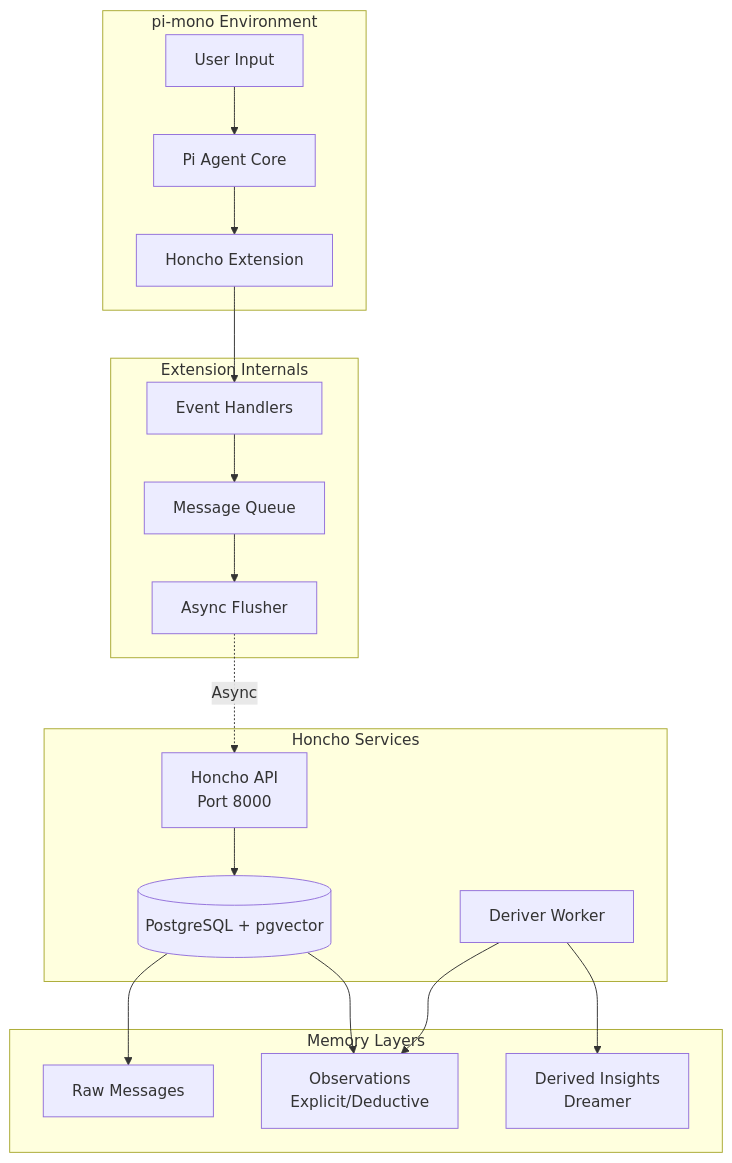
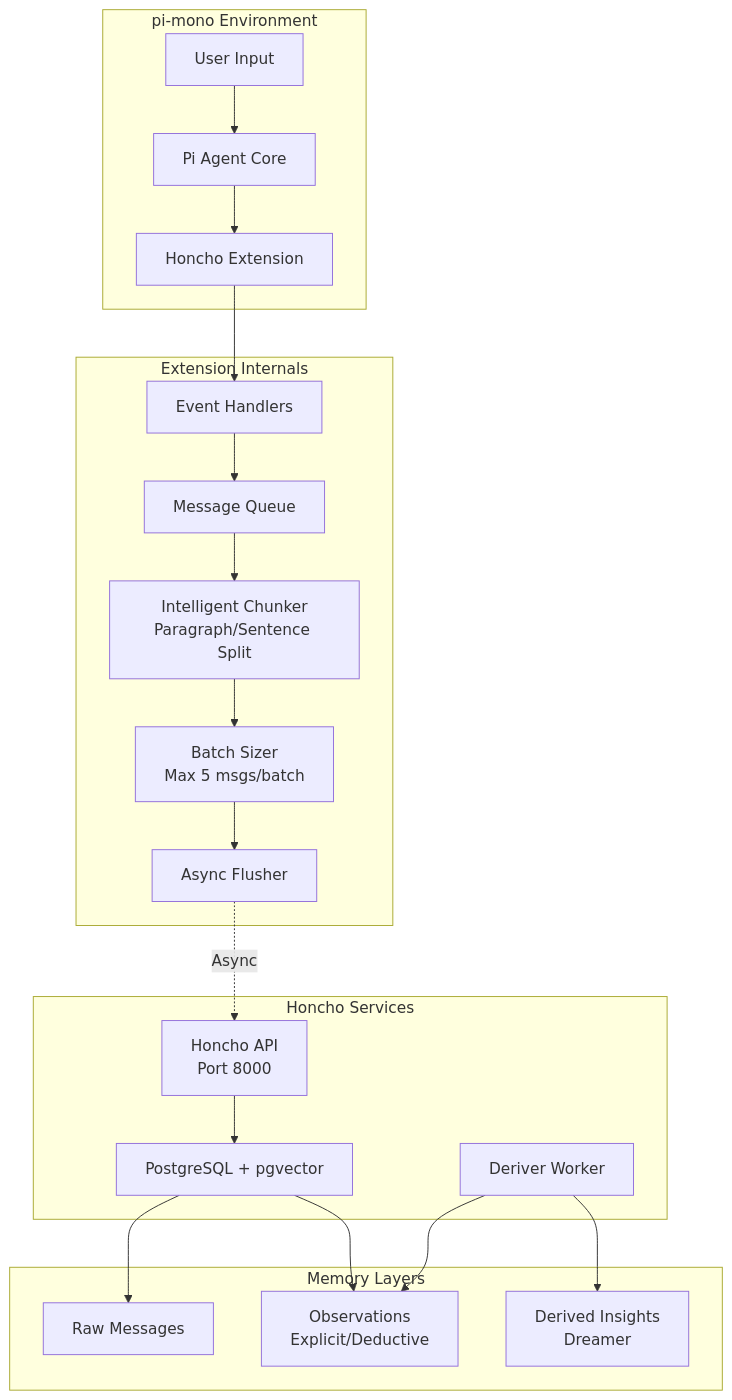
Before and after one commit to dsidlo/local-honcho: the first of 8 diagrams in docs/v3/guides/community/dgs-integrations/pi-mono/agents/extensions/README-honcho.md, drawn with Mermaid. The commit also changed other lines of this file and 1 other file, not shown here.

First line of the commit message:
feat: Enhance Honcho extension with intelligent content chunking

````diff
--- a/docs/v3/guides/community/dgs-integrations/pi-mono/agents/extensions/README-honcho.md
+++ b/docs/v3/guides/community/dgs-integrations/pi-mono/agents/extensions/README-honcho.md
@@ -18,38 +18,42 @@
 ```mermaid
 graph TB
     subgraph "pi-mono Environment"
         USER[User Input]
         PI[Pi Agent Core]
         EXT[Honcho Extension]
     end
     
     subgraph "Extension Internals"
         EVT[Event Handlers]
         QUEUE[Message Queue]
+        CHUNK[Intelligent Chunker<br/>Paragraph/Sentence Split]
+        BATCH[Batch Sizer<br/>Max 5 msgs/batch]
         FLUSH[Async Flusher]
     end
     
     subgraph "Honcho Services"
         API[Honcho API<br/>Port 8000]
         DERIVER[Deriver Worker]
-        DB[(PostgreSQL + pgvector)]
+        DB["PostgreSQL + pgvector"]
     end
     
     subgraph "Memory Layers"
         RAW[Raw Messages]
         OBS[Observations<br/>Explicit/Deductive]
         DERIVED[Derived Insights<br/>Dreamer]
     end
     
     USER --> PI
     PI --> EXT
     EXT --> EVT
     EVT --> QUEUE
-    QUEUE --> FLUSH
+    QUEUE --> CHUNK
+    CHUNK --> BATCH
+    BATCH --> FLUSH
     FLUSH -. Async .-> API
     API --> DB
     DB --> RAW
     DB --> OBS
     DERIVER --> OBS
     DERIVER --> DERIVED
 ```
````
